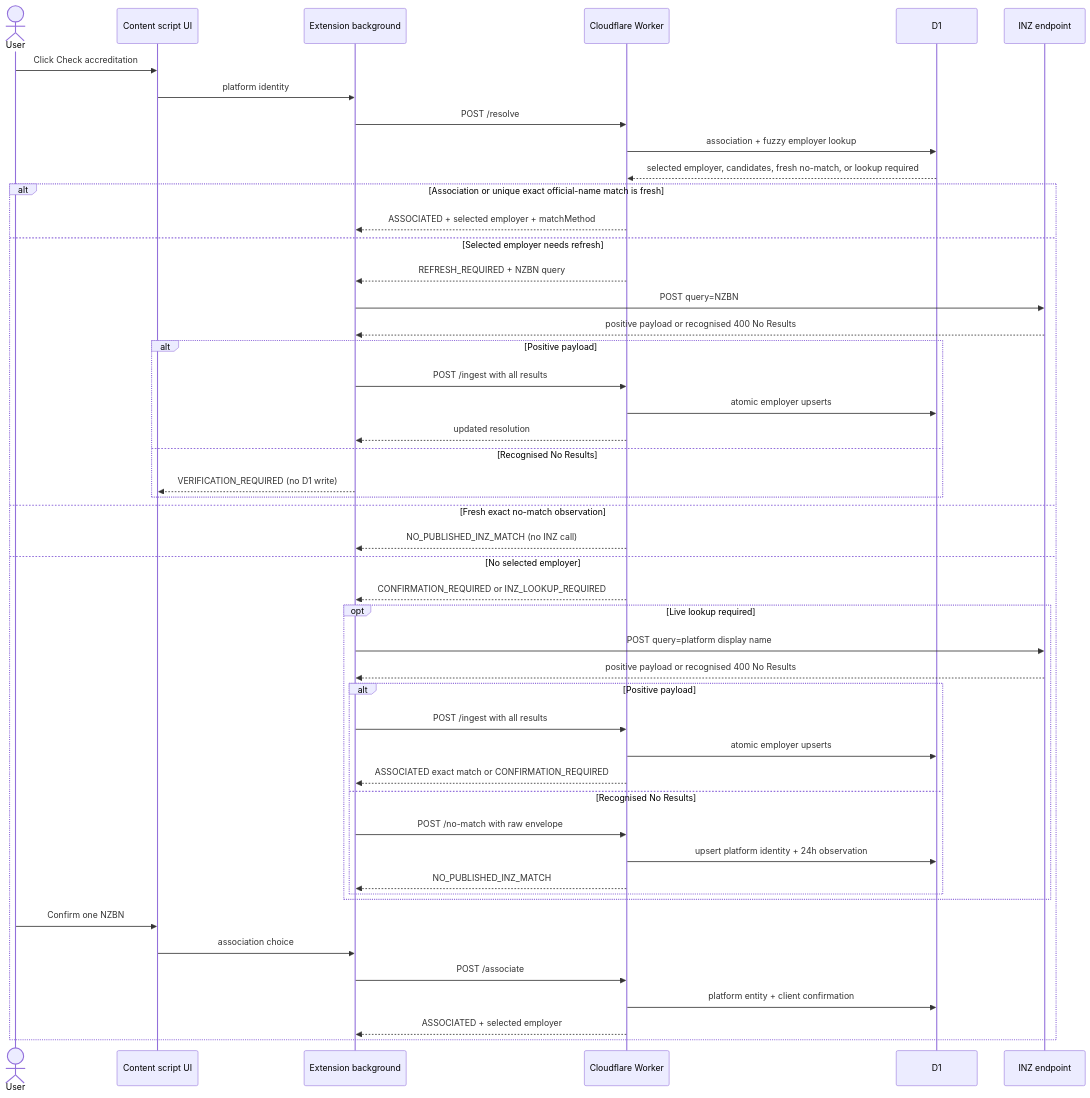
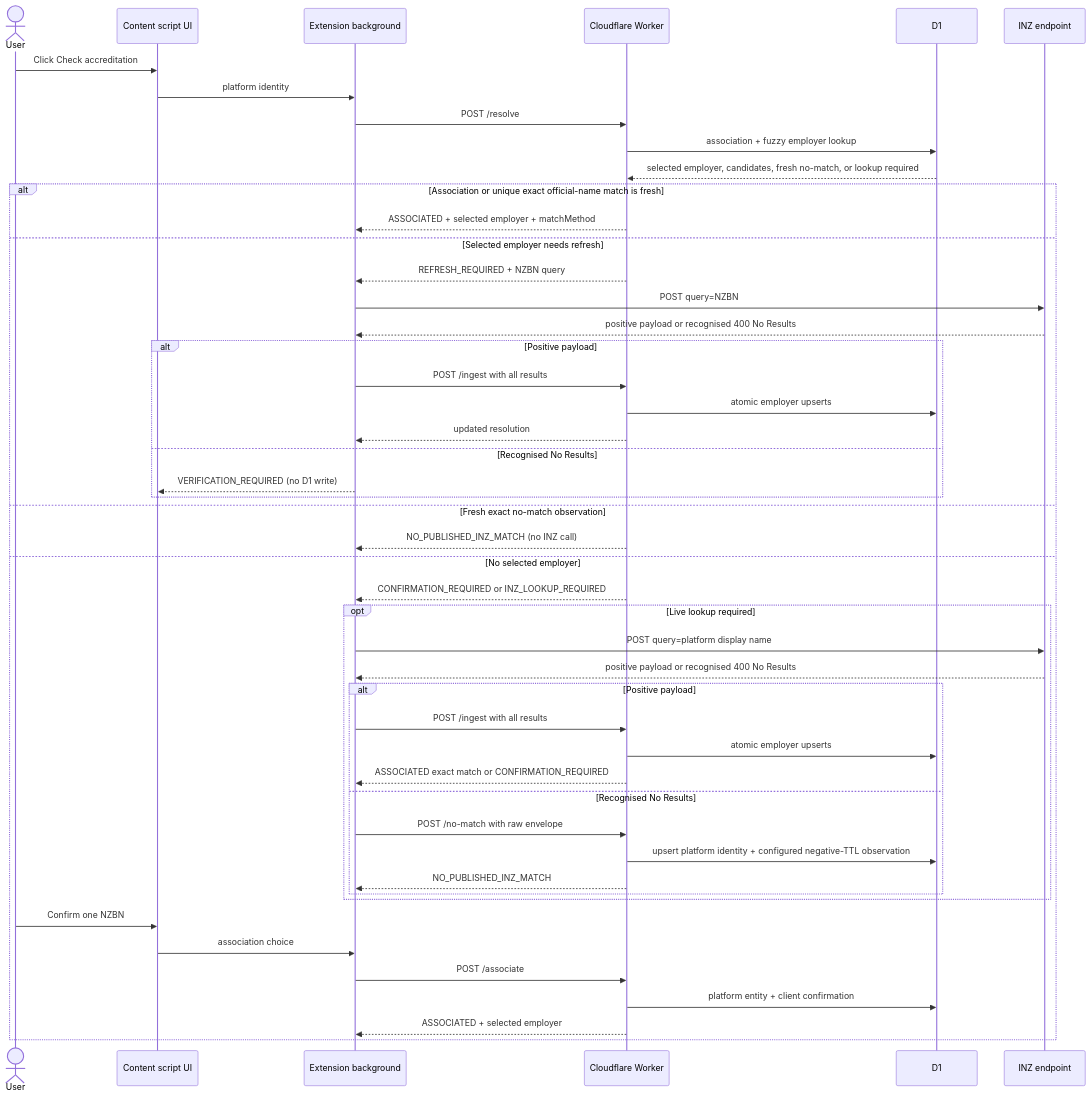
The diagram in docs/extension-api-ssot.md (aizhimou/nz-accredited-employer-inspector), drawn with Mermaid before and after one commit. The commit also changed other lines of this file and 18 other files, not shown here.

````diff
--- a/docs/extension-api-ssot.md
+++ b/docs/extension-api-ssot.md
@@ -39,52 +41,52 @@
 ```mermaid
 sequenceDiagram
     actor User
     participant UI as Content script UI
     participant Ext as Extension background
     participant API as Cloudflare Worker
     participant D1 as D1
     participant INZ as INZ endpoint
 
     User->>UI: Click Check accreditation
     UI->>Ext: platform identity
     Ext->>API: POST /resolve
     API->>D1: association + fuzzy employer lookup
     D1-->>API: selected employer, candidates, fresh no-match, or lookup required
 
     alt Association or unique exact official-name match is fresh
         API-->>Ext: ASSOCIATED + selected employer + matchMethod
     else Selected employer needs refresh
         API-->>Ext: REFRESH_REQUIRED + NZBN query
         Ext->>INZ: POST query=NZBN
         INZ-->>Ext: positive payload or recognised 400 No Results
         alt Positive payload
             Ext->>API: POST /ingest with all results
             API->>D1: atomic employer upserts
             API-->>Ext: updated resolution
         else Recognised No Results
             Ext-->>UI: VERIFICATION_REQUIRED (no D1 write)
         end
     else Fresh exact no-match observation
         API-->>Ext: NO_PUBLISHED_INZ_MATCH (no INZ call)
     else No selected employer
         API-->>Ext: CONFIRMATION_REQUIRED or INZ_LOOKUP_REQUIRED
         opt Live lookup required
             Ext->>INZ: POST query=platform display name
             INZ-->>Ext: positive payload or recognised 400 No Results
             alt Positive payload
                 Ext->>API: POST /ingest with all results
                 API->>D1: atomic employer upserts
                 API-->>Ext: ASSOCIATED exact match or CONFIRMATION_REQUIRED
             else Recognised No Results
                 Ext->>API: POST /no-match with raw envelope
-                API->>D1: upsert platform identity + 24h observation
+                API->>D1: upsert platform identity + configured negative-TTL observation
                 API-->>Ext: NO_PUBLISHED_INZ_MATCH
             end
         end
         User->>UI: Confirm one NZBN
         UI->>Ext: association choice
         Ext->>API: POST /associate
         API->>D1: platform entity + client confirmation
         API-->>Ext: ASSOCIATED + selected employer
     end
 ```
````
